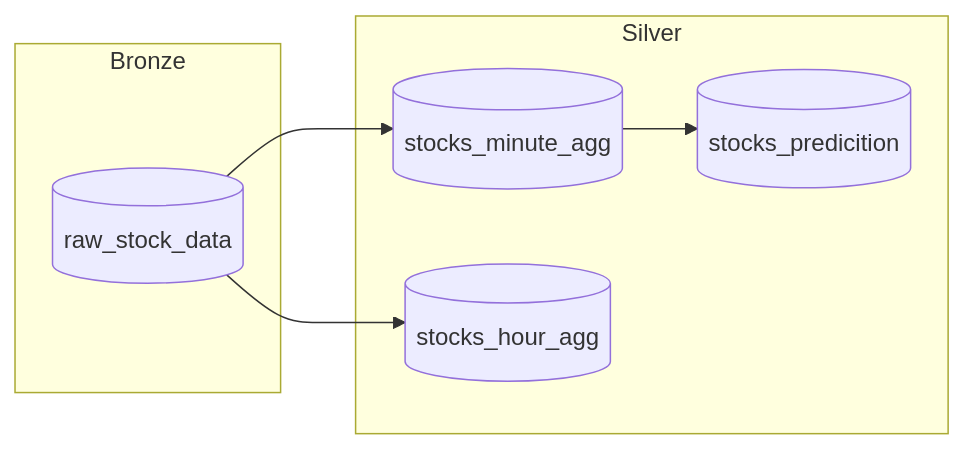
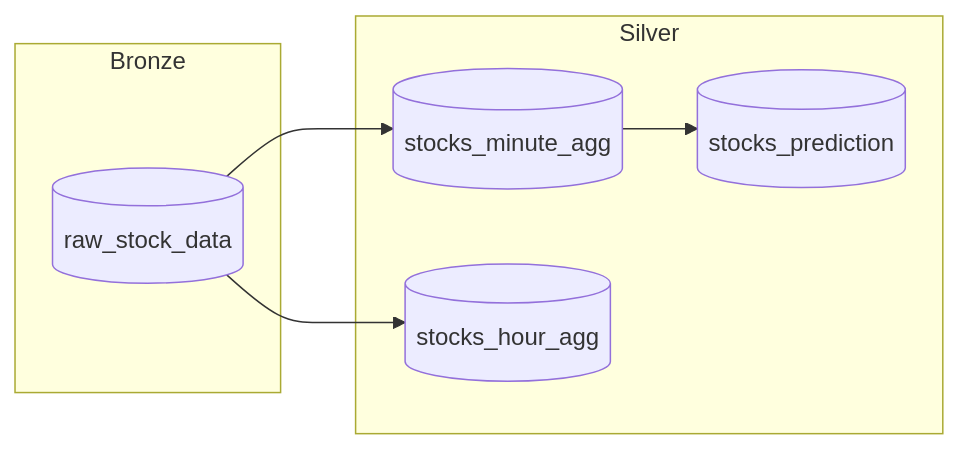
One commit to microsoft/fabricrealtimelab changed the diagram in modules/module07c.md. Above: the diagram before and after it, drawn with Mermaid. The commit also changed other lines of this file and 16 other files, not shown here.

````diff
--- a/modules/module07c.md
+++ b/modules/module07c.md
@@ -143,11 +143,11 @@
 ```mermaid
 flowchart LR
     subgraph Bronze [Bronze]
     B[(raw_stock_data)]
     end
     subgraph Silver [Silver]
     B[(raw_stock_data)] --> C[(stocks_minute_agg)]
-    C --> P[(stocks_predicition)]
+    C --> P[(stocks_prediction)]
     B[(raw_stock_data)] --> D[(stocks_hour_agg)]
     end
 ```
````
